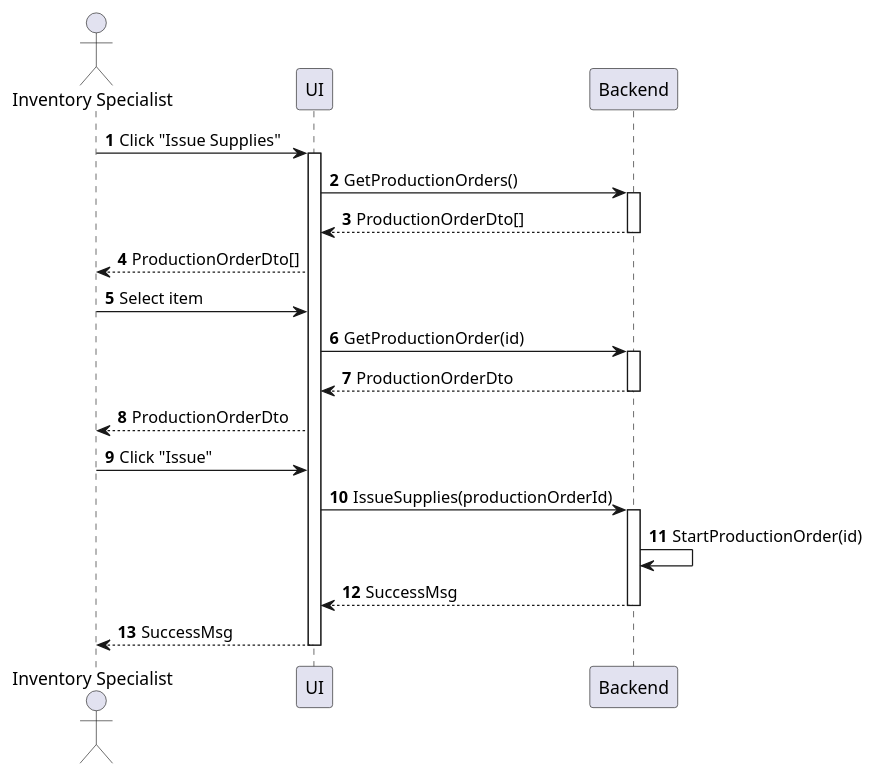
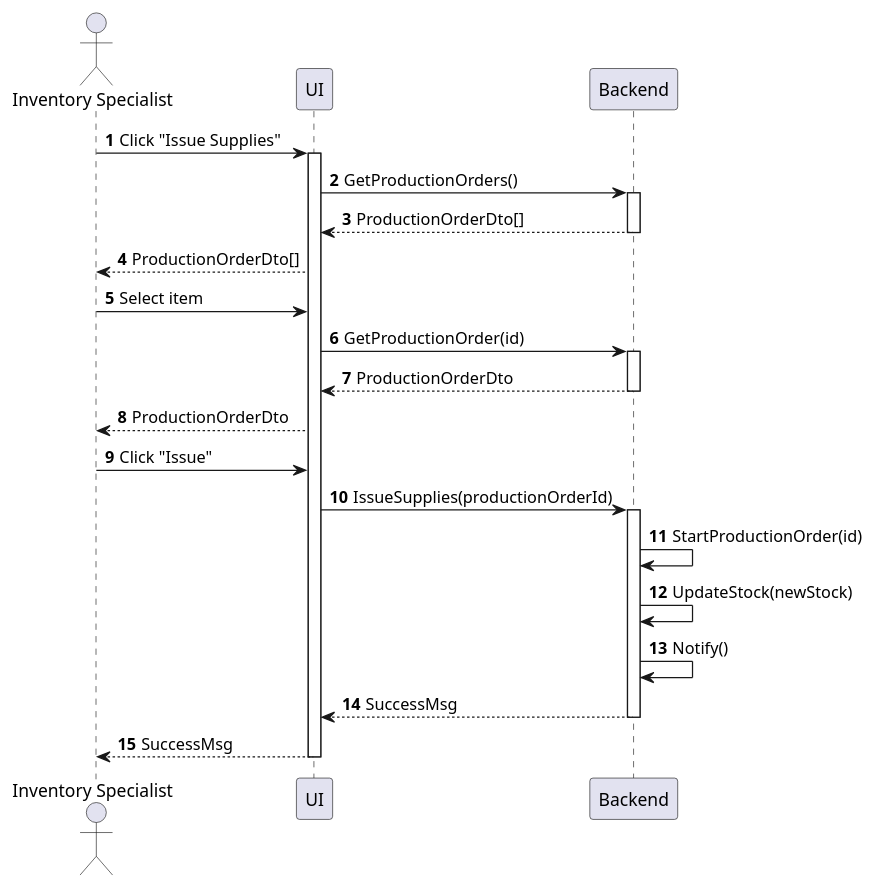
Before and after one commit to phihungha/SE357-Practice-class: the diagram in Lab1/Lab1.2/sequences/inventory-supply-issue.plantuml, drawn with PlantUML. The commit also changed 17 other files, not shown here.

Commit message:
Finalize sequence diagram

```diff
--- a/Lab1/Lab1.2/sequences/inventory-supply-issue.plantuml
+++ b/Lab1/Lab1.2/sequences/inventory-supply-issue.plantuml
@@ -1,25 +1,27 @@
 @startuml inventory-supply-issue
 autonumber
 
 actor "Inventory Specialist" as a
 participant UI as f
 participant Backend as b
 
 a -> f : Click "Issue Supplies"
 activate f
 f -> b : GetProductionOrders()
 activate b
 return ProductionOrderDto[]
 f --> a : ProductionOrderDto[]
 a -> f : Select item
 f -> b : GetProductionOrder(id)
 activate b
 return ProductionOrderDto
 f --> a : ProductionOrderDto
 a -> f : Click "Issue"
 f -> b : IssueSupplies(productionOrderId)
 activate b
 b -> b : StartProductionOrder(id)
+b -> b : UpdateStock(newStock)
+b -> b : Notify()
 return SuccessMsg
 return SuccessMsg
 @enduml
```
